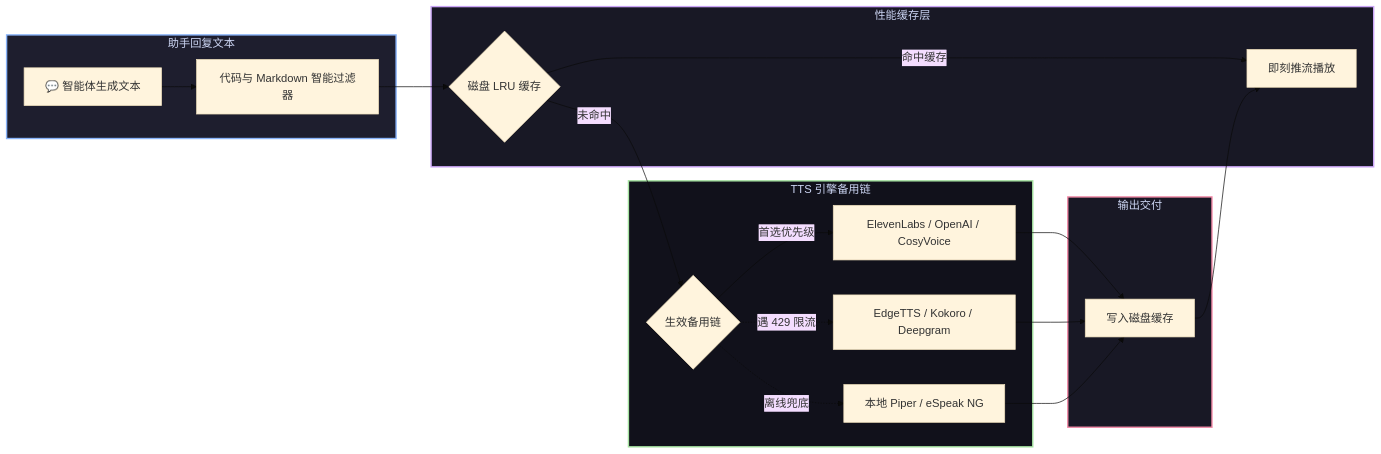
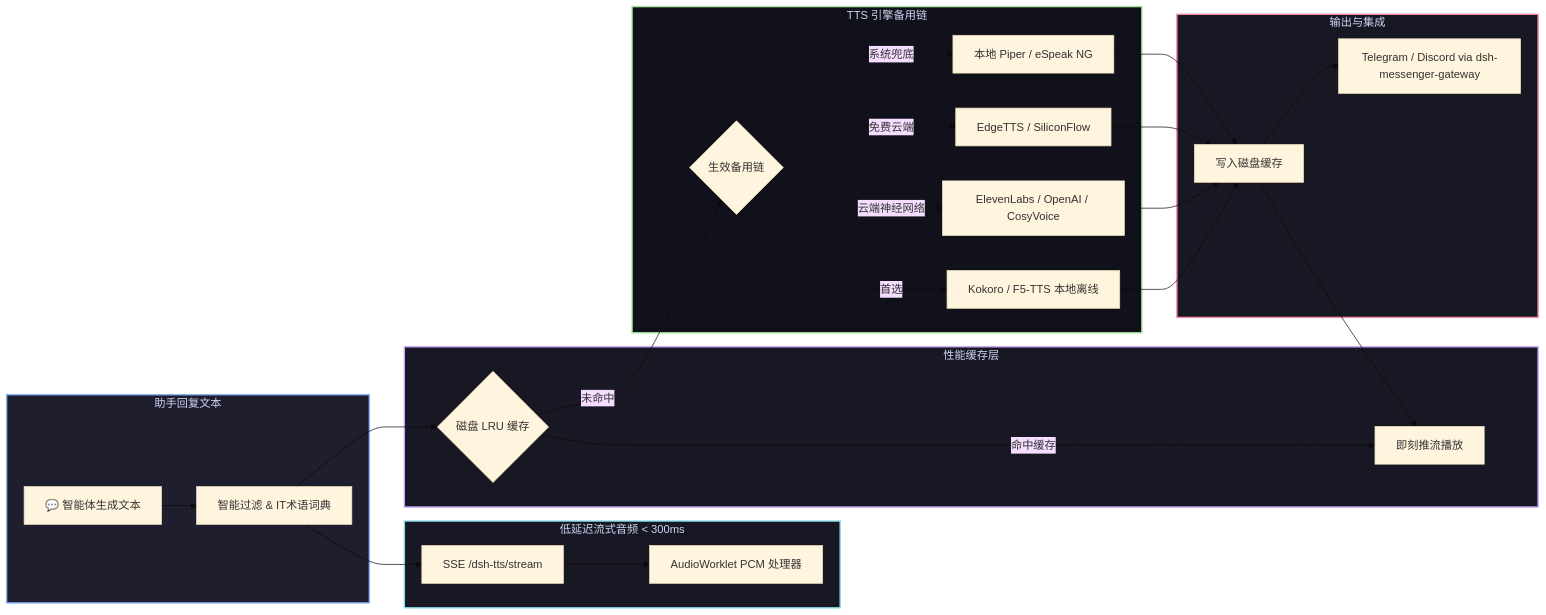
Before and after one commit to GooDAnDReaDY/dsh-tts: the diagram in README.zh.md, drawn with Mermaid (base theme). The commit also changed other lines of this file and 2 other files, not shown here.

Commit message:
docs: update all READMEs (EN/RU/ZH) for v0.3.20 release — local engines, streaming, IT dict, messenger integration

````diff
--- a/README.zh.md
+++ b/README.zh.md
@@ -34,30 +34,39 @@
 ```mermaid
 graph LR
     subgraph Input [助手回复文本]
-        Reply[💬 智能体生成文本] --> Scrub[代码与 Markdown 智能过滤器]
+        Reply[💬 智能体生成文本] --> Scrub[智能过滤 & IT术语词典]
+    end
+
+    subgraph Stream [低延迟流式音频 < 300ms]
+        Scrub --> SSE[SSE /dsh-tts/stream]
+        SSE --> Worklet[AudioWorklet PCM 处理器]
     end
 
     subgraph Cache [性能缓存层]
         Scrub --> LRU{磁盘 LRU 缓存}
         LRU -->|命中缓存| Play[即刻推流播放]
     end
 
     subgraph Fallback [TTS 引擎备用链]
         LRU -->|未命中| Chain{生效备用链}
-        Chain -->|首选优先级| P1[ElevenLabs / OpenAI / CosyVoice]
-        Chain -.->|遇 429 限流| P2[EdgeTTS / Kokoro / Deepgram]
-        Chain -.->|离线兜底| P3[本地 Piper / eSpeak NG]
+        Chain -->|首选| P1[Kokoro / F5-TTS 本地离线]
+        Chain -.->|云端神经网络| P2[ElevenLabs / OpenAI / CosyVoice]
+        Chain -.->|免费云端| P3[EdgeTTS / SiliconFlow]
+        Chain -.->|系统兜底| P4[本地 Piper / eSpeak NG]
     end
 
-    subgraph Output [输出交付]
+    subgraph Output [输出与集成]
         P1 --> Store[写入磁盘缓存]
         P2 --> Store
         P3 --> Store
+        P4 --> Store
         Store --> Play
+        Store --> Msg[Telegram / Discord via dsh-messenger-gateway]
     end
 
     style Input fill:#1e1e2e,stroke:#89b4fa,stroke-width:2px,color:#cdd6f4
+    style Stream fill:#181825,stroke:#89dceb,stroke-width:2px,color:#cdd6f4
     style Cache fill:#181825,stroke:#cba6f7,stroke-width:2px,color:#cdd6f4
     style Fallback fill:#11111b,stroke:#a6e3a1,stroke-width:2px,color:#cdd6f4
     style Output fill:#181825,stroke:#f38ba8,stroke-width:2px,color:#cdd6f4
 ```
````
